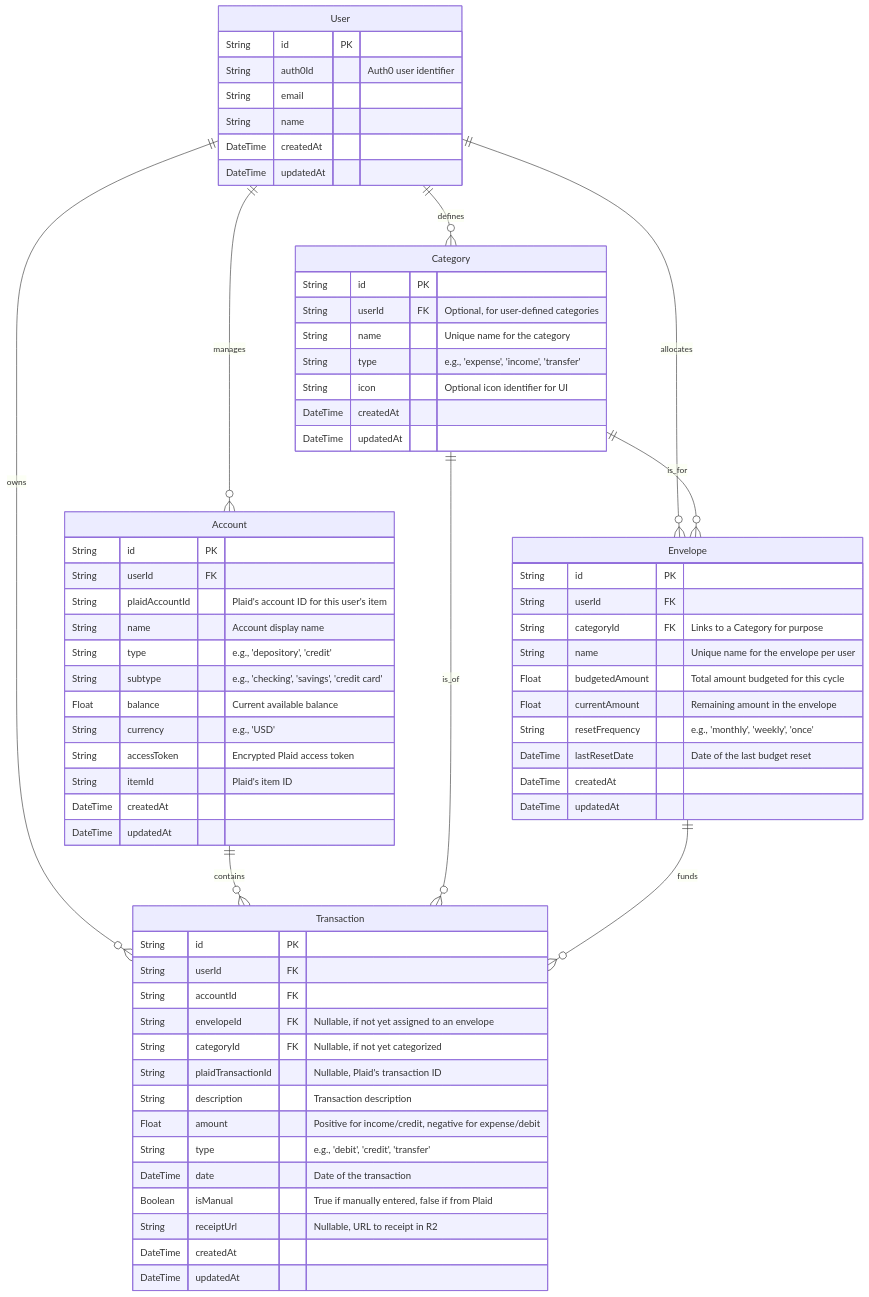
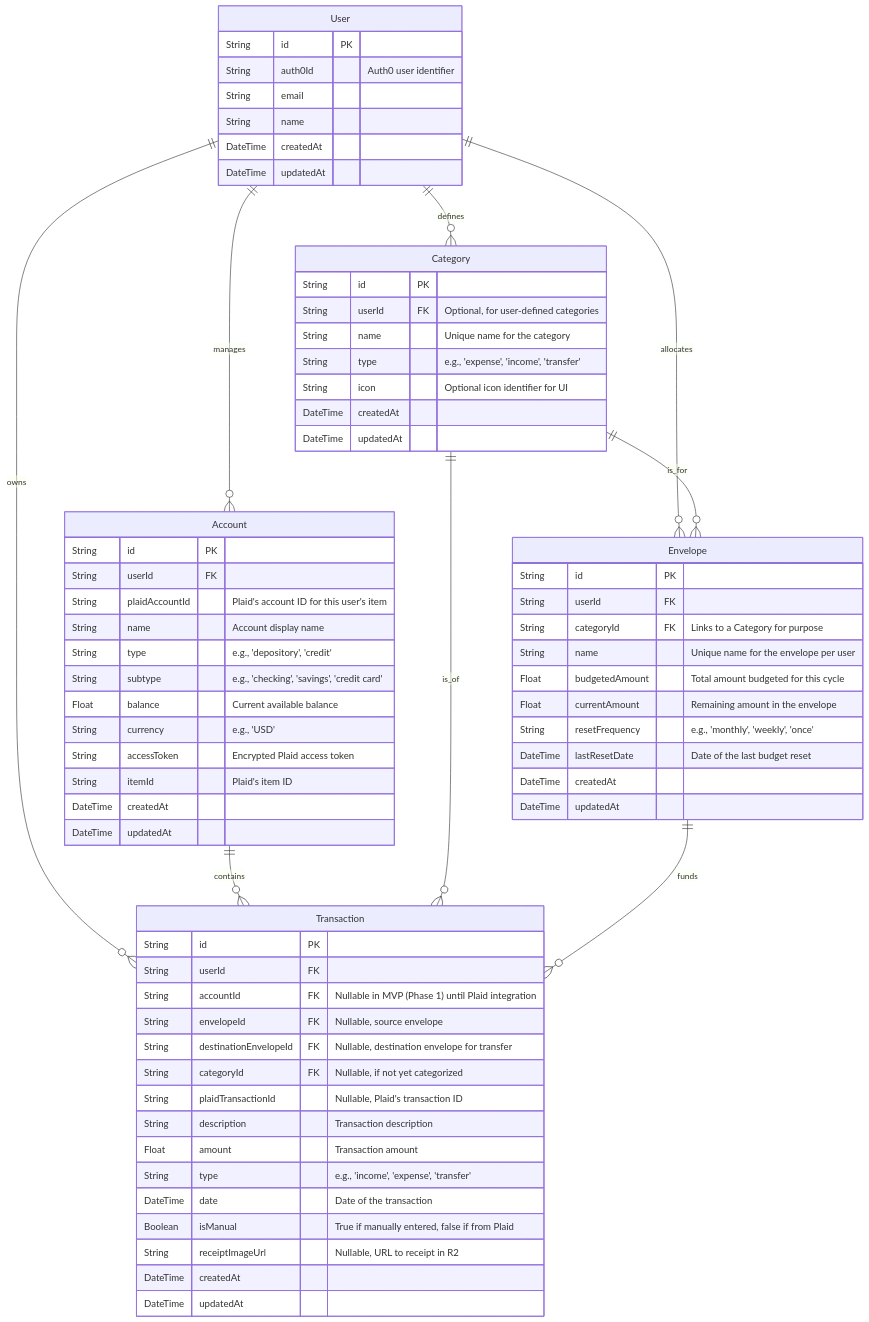
The diagram in docs/DATABASE.md (wllyvx/pocketflow), drawn with Mermaid before and after one commit. The commit also changed other lines of this file and 22 other files, not shown here.

````diff
--- a/docs/DATABASE.md
+++ b/docs/DATABASE.md
@@ -7,78 +7,79 @@
 ```mermaid
 erDiagram
     User {
         String id PK
         String auth0Id "Auth0 user identifier"
         String email
         String name
         DateTime createdAt
         DateTime updatedAt
     }
 
     Account {
         String id PK
         String userId FK
         String plaidAccountId "Plaid's account ID for this user's item"
         String name "Account display name"
         String type "e.g., 'depository', 'credit'"
         String subtype "e.g., 'checking', 'savings', 'credit card'"
         Float balance "Current available balance"
         String currency "e.g., 'USD'"
         String accessToken "Encrypted Plaid access token"
         String itemId "Plaid's item ID"
         DateTime createdAt
         DateTime updatedAt
     }
 
     Category {
         String id PK
         String userId FK "Optional, for user-defined categories"
         String name "Unique name for the category"
         String type "e.g., 'expense', 'income', 'transfer'"
         String icon "Optional icon identifier for UI"
         DateTime createdAt
         DateTime updatedAt
     }
 
     Envelope {
         String id PK
         String userId FK
         String categoryId FK "Links to a Category for purpose"
         String name "Unique name for the envelope per user"
         Float budgetedAmount "Total amount budgeted for this cycle"
         Float currentAmount "Remaining amount in the envelope"
         String resetFrequency "e.g., 'monthly', 'weekly', 'once'"
         DateTime lastResetDate "Date of the last budget reset"
         DateTime createdAt
         DateTime updatedAt
     }
 
     Transaction {
         String id PK
         String userId FK
-        String accountId FK
-        String envelopeId FK "Nullable, if not yet assigned to an envelope"
+        String accountId FK "Nullable in MVP (Phase 1) until Plaid integration"
+        String envelopeId FK "Nullable, source envelope"
+        String destinationEnvelopeId FK "Nullable, destination envelope for transfer"
         String categoryId FK "Nullable, if not yet categorized"
         String plaidTransactionId "Nullable, Plaid's transaction ID"
         String description "Transaction description"
-        Float amount "Positive for income/credit, negative for expense/debit"
-        String type "e.g., 'debit', 'credit', 'transfer'"
+        Float amount "Transaction amount"
+        String type "e.g., 'income', 'expense', 'transfer'"
         DateTime date "Date of the transaction"
         Boolean isManual "True if manually entered, false if from Plaid"
-        String receiptUrl "Nullable, URL to receipt in R2"
+        String receiptImageUrl "Nullable, URL to receipt in R2"
         DateTime createdAt
         DateTime updatedAt
     }
 
     User ||--o{ Account : manages
     User ||--o{ Category : defines
     User ||--o{ Envelope : allocates
     User ||--o{ Transaction : owns
 
     Account ||--o{ Transaction : contains
 
     Category ||--o{ Envelope : is_for
     Category ||--o{ Transaction : is_of
 
     Envelope ||--o{ Transaction : funds
 ```
````
